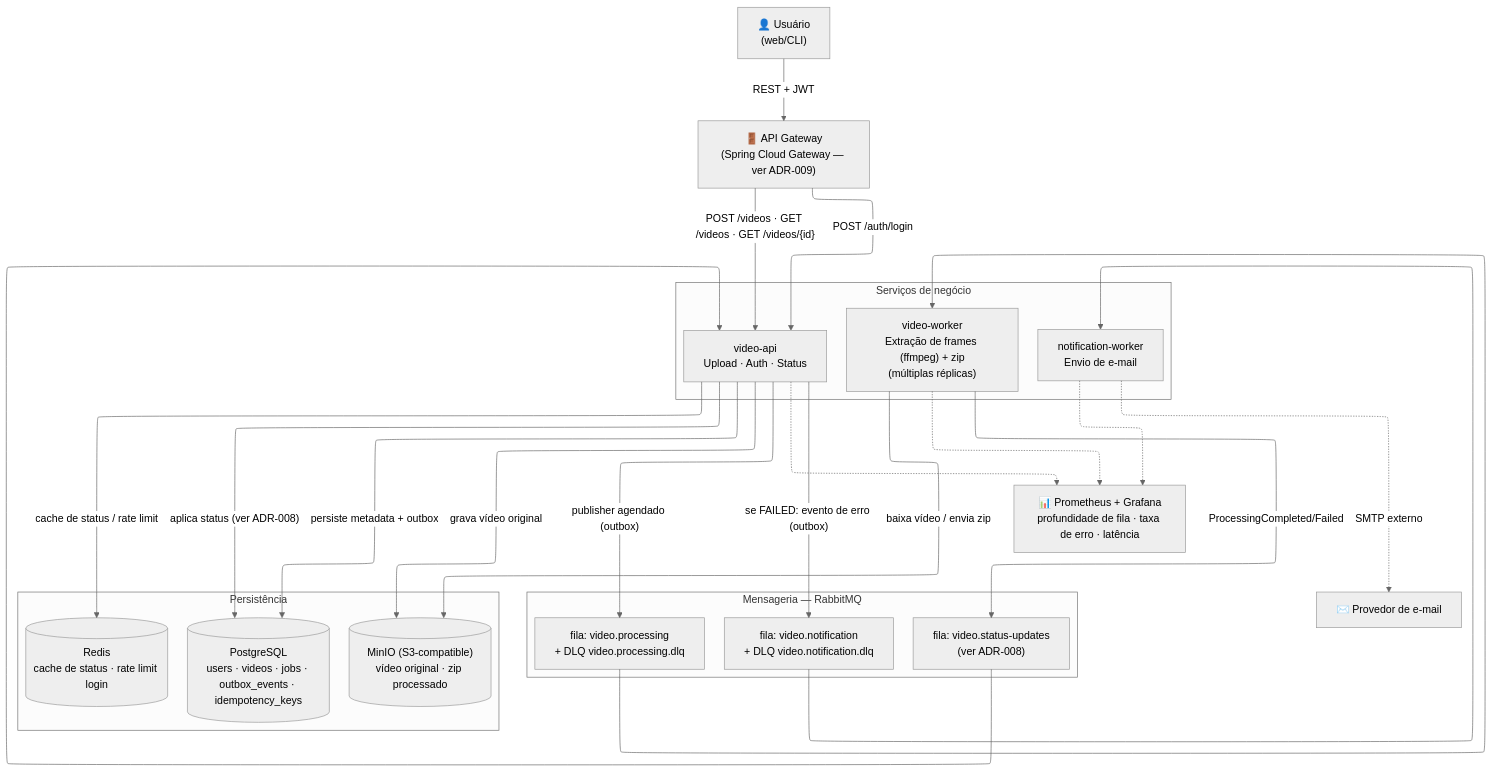
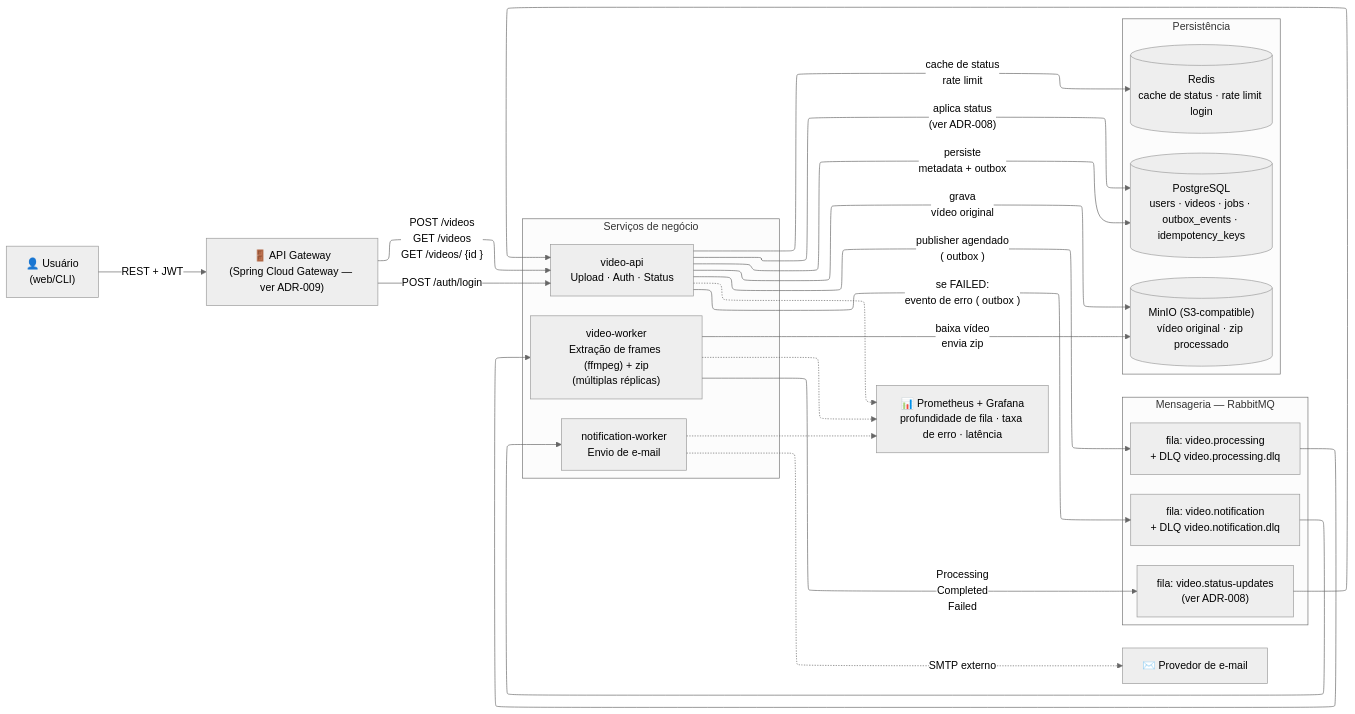
The first of 5 diagrams in docs/architecture/hld-lld-adr-rfc.md (fredericoffs/fiapx-video-platform), drawn with Mermaid before and after one commit. The commit also changed 1 other file, not shown here.

Commit message:
docs(architecture): reformata diagramas Mermaid (fonte, layout, autonumber)

````diff
--- a/docs/architecture/hld-lld-adr-rfc.md
+++ b/docs/architecture/hld-lld-adr-rfc.md
@@ -122,50 +122,45 @@
 ```mermaid
 ---
 config:
   theme: neutral
+  fontFamily: '''Open Sans Variable'', sans-serif'
   layout: elk
   look: classic
-  fontFamily: '''Inter Variable'', sans-serif'
+  themeVariables:
+    fontFamily: '''Open Sans Variable'', sans-serif'
 ---
-flowchart TB
-    CLI["👤 Usuário<br/>(web/CLI)"] -- "REST + JWT" --> GW["🚪 API Gateway<br/>(Spring Cloud Gateway — ver ADR-009)"]
-    GW -- "POST /auth/login" --> API
-    GW -- "POST /videos · GET /videos · GET /videos/{id}" --> API
-
-    subgraph CORE["Serviços de negócio"]
-        API["video-api<br/>Upload · Auth · Status"]
-        WRK["video-worker<br/>Extração de frames (ffmpeg) + zip<br/>(múltiplas réplicas)"]
-        NOT["notification-worker<br/>Envio de e-mail"]
-    end
-
-    subgraph MSG["Mensageria — RabbitMQ"]
-        Q1["fila: video.processing<br/>+ DLQ video.processing.dlq"]
-        Q2["fila: video.notification<br/>+ DLQ video.notification.dlq"]
-        Q3["fila: video.status-updates<br/>(ver ADR-008)"]
-    end
-
-    subgraph DATA["Persistência"]
-        PG[("PostgreSQL<br/>users · videos · jobs · outbox_events · idempotency_keys")]
-        RD[("Redis<br/>cache de status · rate limit login")]
-        S3[("MinIO (S3-compatible)<br/>vídeo original · zip processado")]
-    end
-
-    OBS["📊 Prometheus + Grafana<br/>profundidade de fila · taxa de erro · latência"]
-
-    API -- "grava vídeo original" --> S3
-    API -- "persiste metadata + outbox" --> PG
-    API -- "cache de status / rate limit" --> RD
-    API -- "publisher agendado (outbox)" --> Q1
-    Q1 --> WRK
-    WRK -- "baixa vídeo / envia zip" --> S3
-    WRK -- "ProcessingCompleted/Failed" --> Q3
-    Q3 --> API
-    API -- "aplica status (ver ADR-008)" --> PG
-    API -- "se FAILED: evento de erro (outbox)" --> Q2
-    Q2 --> NOT
-    NOT -. "SMTP externo" .-> EMAIL["✉️ Provedor de e-mail"]
-
-    API -.-> OBS
-    WRK -.-> OBS
-    NOT -.-> OBS
+    flowchart LR
+        subgraph CORE["Serviços de negócio"]
+            API["video-api<br>Upload · Auth · Status"]
+            WRK["video-worker<br>Extração de frames (ffmpeg) + zip<br>(múltiplas réplicas)"]
+            NOT["notification-worker<br>Envio de e-mail"]
+        end
+        subgraph MSG["Mensageria — RabbitMQ"]
+            Q1["fila: video.processing<br>+ DLQ video.processing.dlq"]
+            Q2["fila: video.notification<br>+ DLQ video.notification.dlq"]
+            Q3["fila: video.status-updates<br>(ver ADR-008)"]
+        end
+        subgraph DATA["Persistência"]
+            PG[("PostgreSQL<br>users · videos · jobs · outbox_events · idempotency_keys")]
+            RD[("Redis<br>cache de status · rate limit login")]
+            S3[("MinIO (S3-compatible)<br>vídeo original · zip processado")]
+        end
+        CLI["👤 Usuário<br>(web/CLI)"] -- REST + JWT --> GW["🚪 API Gateway<br>(Spring Cloud Gateway — ver ADR-009)"]
+        GW -- POST /auth/login --> API
+        GW -- POST /videos<br>GET /videos<br>GET /videos/ {id } --> API
+        API -- grava<br>vídeo original --> S3
+        API -- persiste<br>metadata + outbox --> PG
+        API -- cache de status<br>rate limit --> RD
+        API -- publisher agendado<br> ( outbox ) --> Q1
+        Q1 --> WRK
+        WRK -- baixa vídeo<br>envia zip --> S3
+        WRK -- Processing<br>Completed<br>Failed --> Q3
+        Q3 --> API
+        API -- " aplica status<br>(ver ADR-008) " --> PG
+        API -- se FAILED:<br>evento de erro ( outbox ) --> Q2
+        Q2 --> NOT
+        NOT -. SMTP externo .-> EMAIL["✉️ Provedor de e-mail"]
+        API -.-> OBS["📊 Prometheus + Grafana<br>profundidade de fila · taxa de erro · latência"]
+        WRK -.-> OBS
+        NOT -.-> OBS
 ```
````
